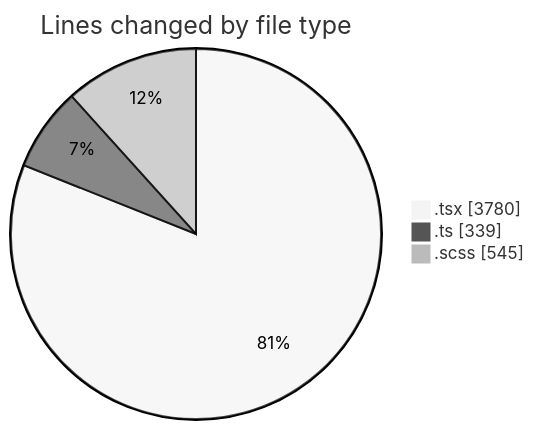
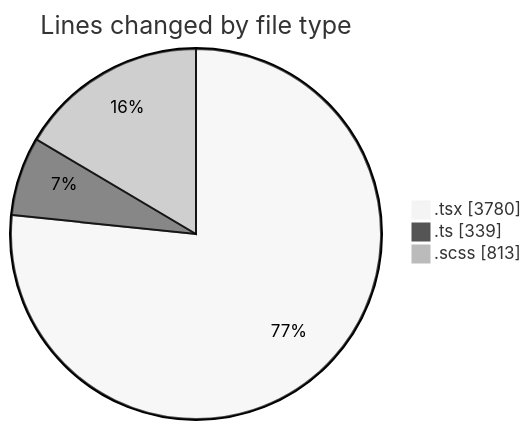
One commit to momahboobian/code-tracking changed the first of 2 diagrams in 2025-07-08/cda/README.md. Above: the diagram before and after it, drawn with Mermaid (neutral theme). The commit also changed other lines of this file and 1 other file, not shown here.

````diff
--- a/2025-07-08/cda/README.md
+++ b/2025-07-08/cda/README.md
@@ -45,7 +46,7 @@
 ```mermaid
 pie showData
 title Lines changed by file type
 ".tsx" : 3780
 ".ts" : 339
-".scss" : 545
+".scss" : 813
 ```
````
